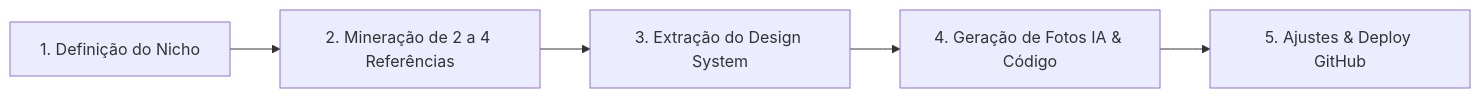
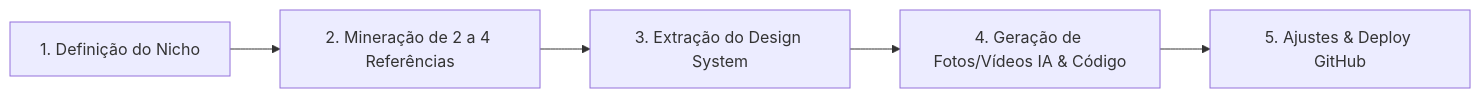
Before and after one commit to studiosanjose/agencia-100-sites: the diagram in BOAS_PRATICAS.md, drawn with Mermaid. The commit also changed other lines of this file, not shown here.

````diff
--- a/BOAS_PRATICAS.md
+++ b/BOAS_PRATICAS.md
@@ -11,7 +11,7 @@
 ```mermaid
 flowchart LR
     A[1. Definição do Nicho] --> B[2. Mineração de 2 a 4 Referências]
     B --> C[3. Extração do Design System]
-    C --> D[4. Geração de Fotos IA & Código]
+    C --> D[4. Geração de Fotos/Vídeos IA & Código]
     D --> E[5. Ajustes & Deploy GitHub]
 ```
````
